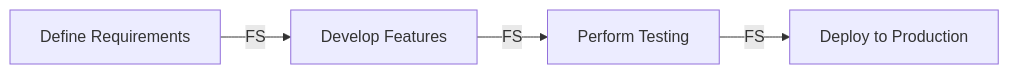
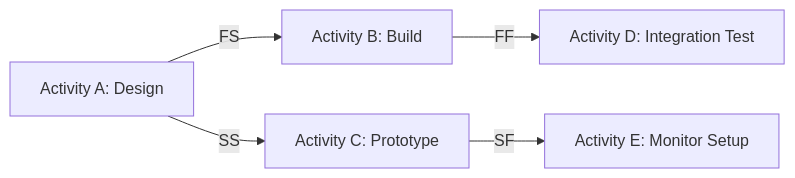
The diagram in content/_notes/100_pmp_terms/precedence_diagramming_method.md (BhaskerGarudadri/jeff-mos-def.github.io), drawn with Mermaid before and after one commit. The commit also changed other lines of this file and 22 other files, not shown here.

````diff
--- a/content/_notes/100_pmp_terms/precedence_diagramming_method.md
+++ b/content/_notes/100_pmp_terms/precedence_diagramming_method.md
@@ -37,6 +35,7 @@
 ```mermaid
-graph LR;
-    A["Define Requirements"] -->|FS| B["Develop Features"]
-    B -->|FS| C["Perform Testing"]
-    C -->|FS| D["Deploy to Production"]
+flowchart LR
+    A[Activity A: Design] -->|FS| B[Activity B: Build]
+    A -->|SS| C[Activity C: Prototype]
+    B -->|FF| D[Activity D: Integration Test]
+    C -->|SF| E[Activity E: Monitor Setup]
 ```
````
